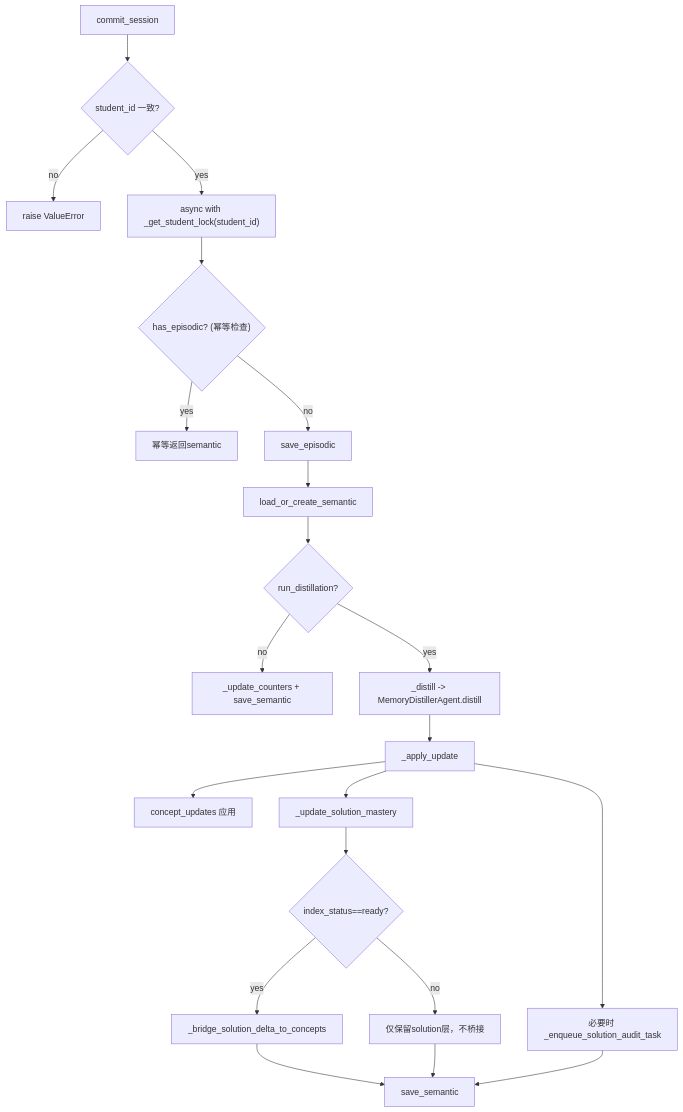
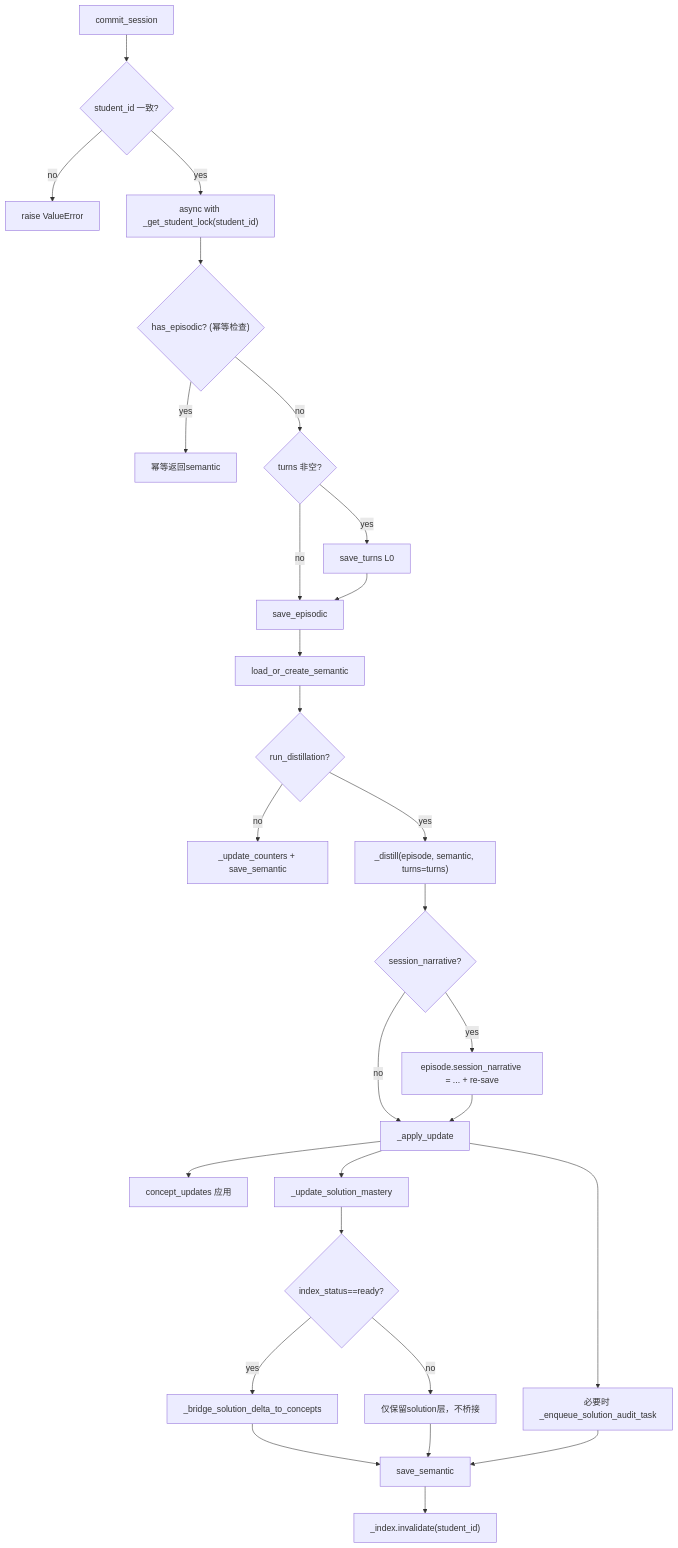
One commit to SunOfTheEast/DeepSenior changed the fifth of 5 diagrams in SYSTEM_DOCS.md. Above: the diagram before and after it, drawn with Mermaid. The commit also changed other lines of this file and 24 other files, not shown here.

````diff
--- a/SYSTEM_DOCS.md
+++ b/SYSTEM_DOCS.md
@@ -1016,26 +1077,33 @@
 ```mermaid
 flowchart TD
     A[commit_session] --> A0{student_id 一致?}
     A0 -->|no| A1[raise ValueError]
     A0 -->|yes| LOCK["async with _get_student_lock(student_id)"]
     LOCK --> B{"has_episodic? (幂等检查)"}
     B -->|yes| C[幂等返回semantic]
-    B -->|no| D[save_episodic]
+    B -->|no| T0{"turns 非空?"}
+    T0 -->|yes| T1[save_turns L0]
+    T0 -->|no| D
+    T1 --> D[save_episodic]
 
     D --> E[load_or_create_semantic]
     E --> F{run_distillation?}
     F -->|no| G["_update_counters + save_semantic"]
-    F -->|yes| H["_distill -> MemoryDistillerAgent.distill"]
+    F -->|yes| H["_distill(episode, semantic, turns=turns)"]
 
-    H --> I[_apply_update]
+    H --> H1{"session_narrative?"}
+    H1 -->|yes| H2["episode.session_narrative = ... + re-save"]
+    H1 -->|no| I
+    H2 --> I[_apply_update]
     I --> J[concept_updates 应用]
     I --> K[_update_solution_mastery]
     K --> L{index_status==ready?}
     L -->|yes| M[_bridge_solution_delta_to_concepts]
     L -->|no| N[仅保留solution层，不桥接]
 
     I --> O[必要时 _enqueue_solution_audit_task]
     M --> P[save_semantic]
     N --> P
     O --> P
+    P --> Q["_index.invalidate(student_id)"]
 ```
````
